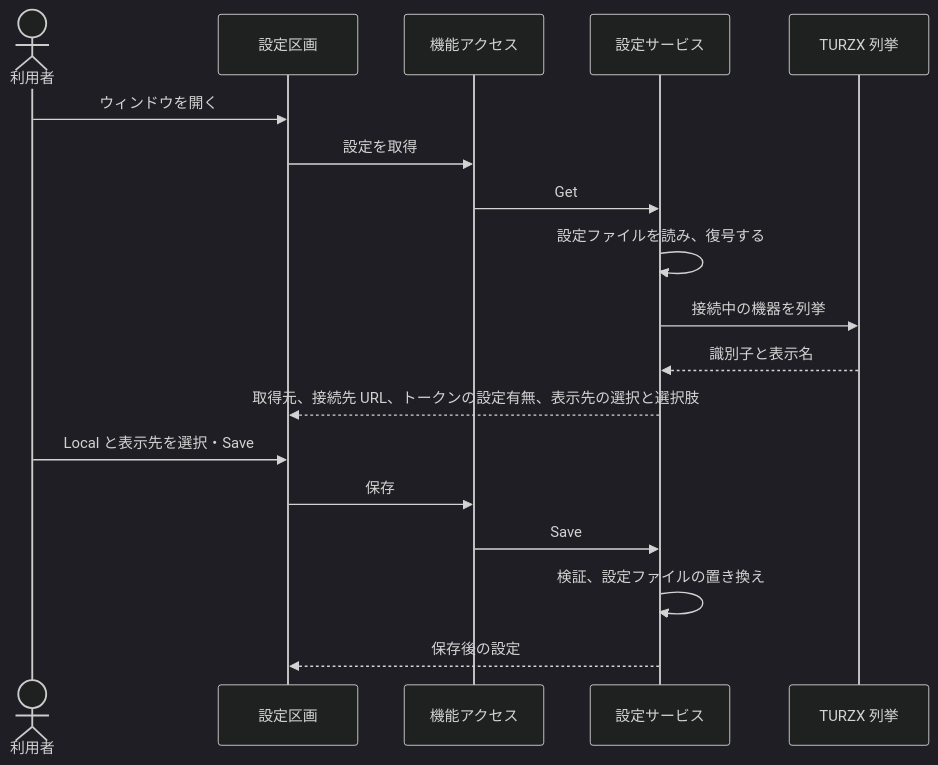
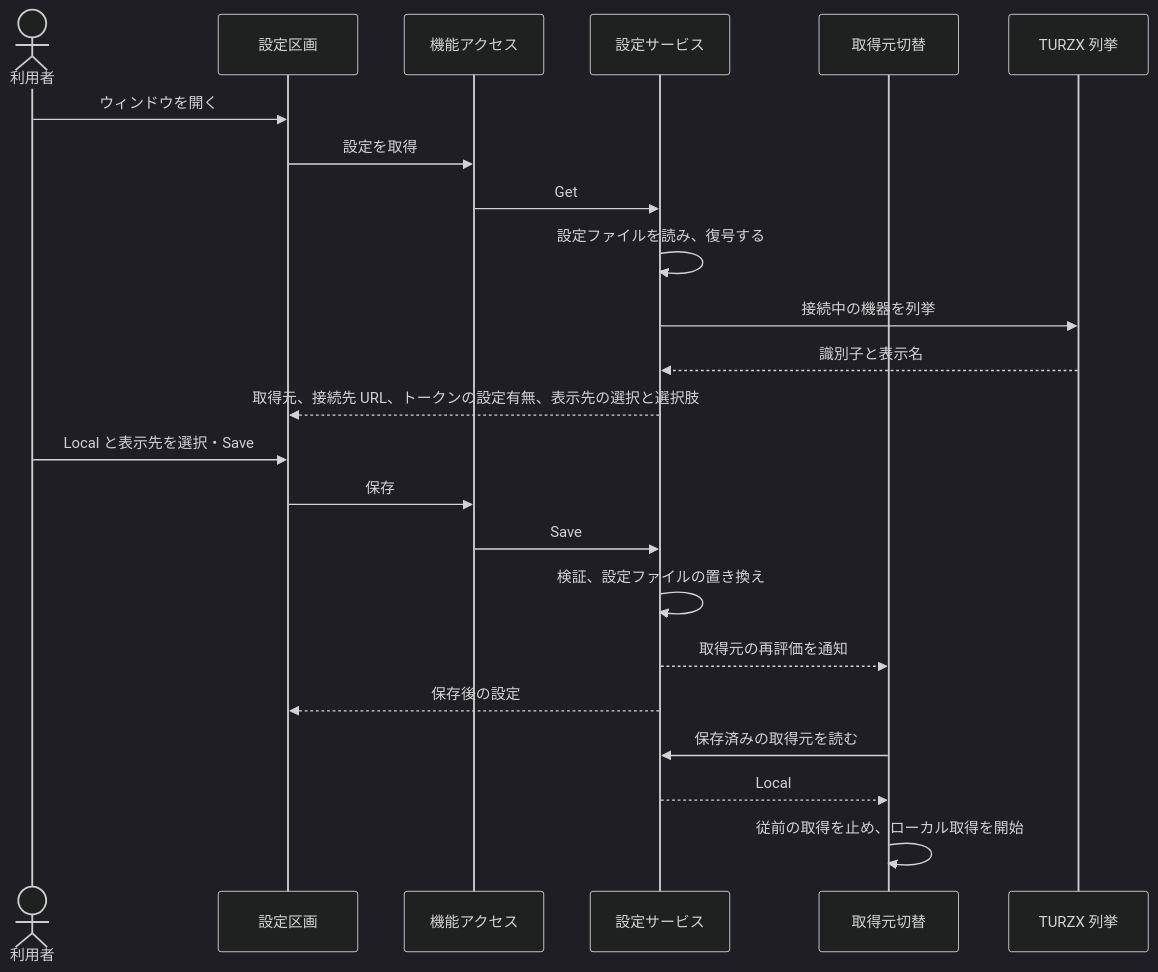
Before and after one commit to nuitsjp/token-dashboard: the diagram in docs/design/UCP-2.md, drawn with Mermaid (dark theme). The commit also changed other lines of this file and 26 other files, not shown here.

````diff
--- a/docs/design/UCP-2.md
+++ b/docs/design/UCP-2.md
@@ -12,20 +13,25 @@
 ```mermaid
 sequenceDiagram
   actor User as 利用者
   participant UI as 設定区画
   participant Q as 機能アクセス
   participant S as 設定サービス
+  participant A as 取得元切替
   participant T as TURZX 列挙
   User->>UI: ウィンドウを開く
   UI->>Q: 設定を取得
   Q->>S: Get
   S->>S: 設定ファイルを読み、復号する
   S->>T: 接続中の機器を列挙
   T-->>S: 識別子と表示名
   S-->>UI: 取得元、接続先 URL、トークンの設定有無、表示先の選択と選択肢
   User->>UI: Local と表示先を選択・Save
   UI->>Q: 保存
   Q->>S: Save
   S->>S: 検証、設定ファイルの置き換え
+  S-->>A: 取得元の再評価を通知
   S-->>UI: 保存後の設定
+  A->>S: 保存済みの取得元を読む
+  S-->>A: Local
+  A->>A: 従前の取得を止め、ローカル取得を開始
 ```
````
